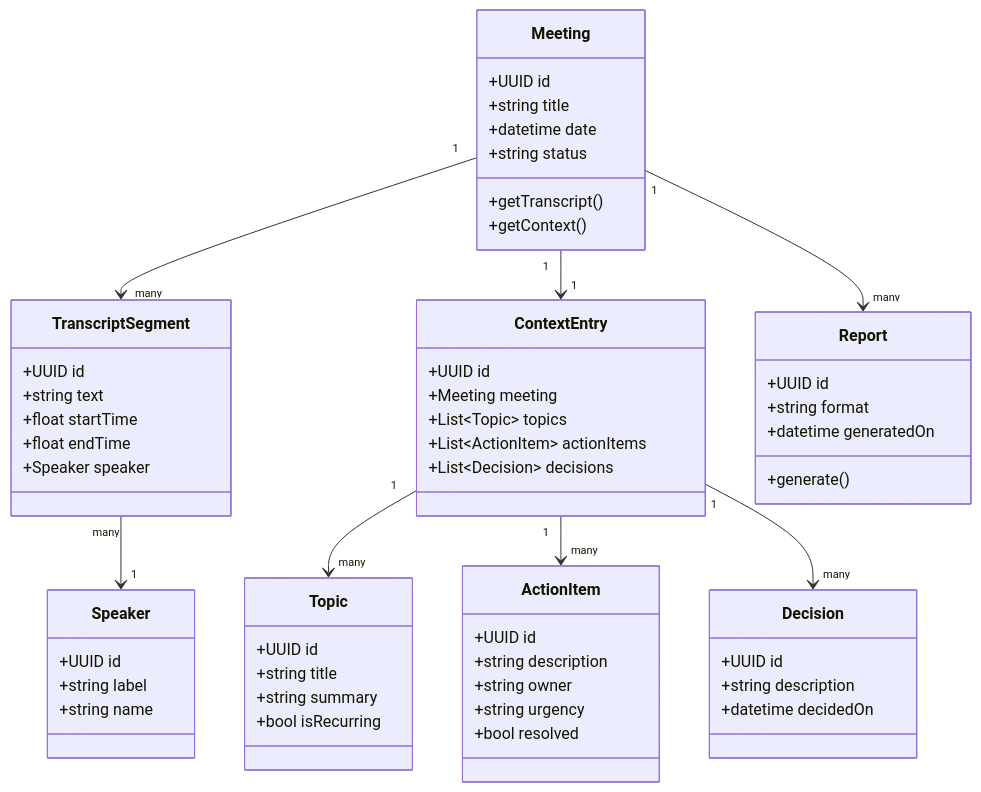
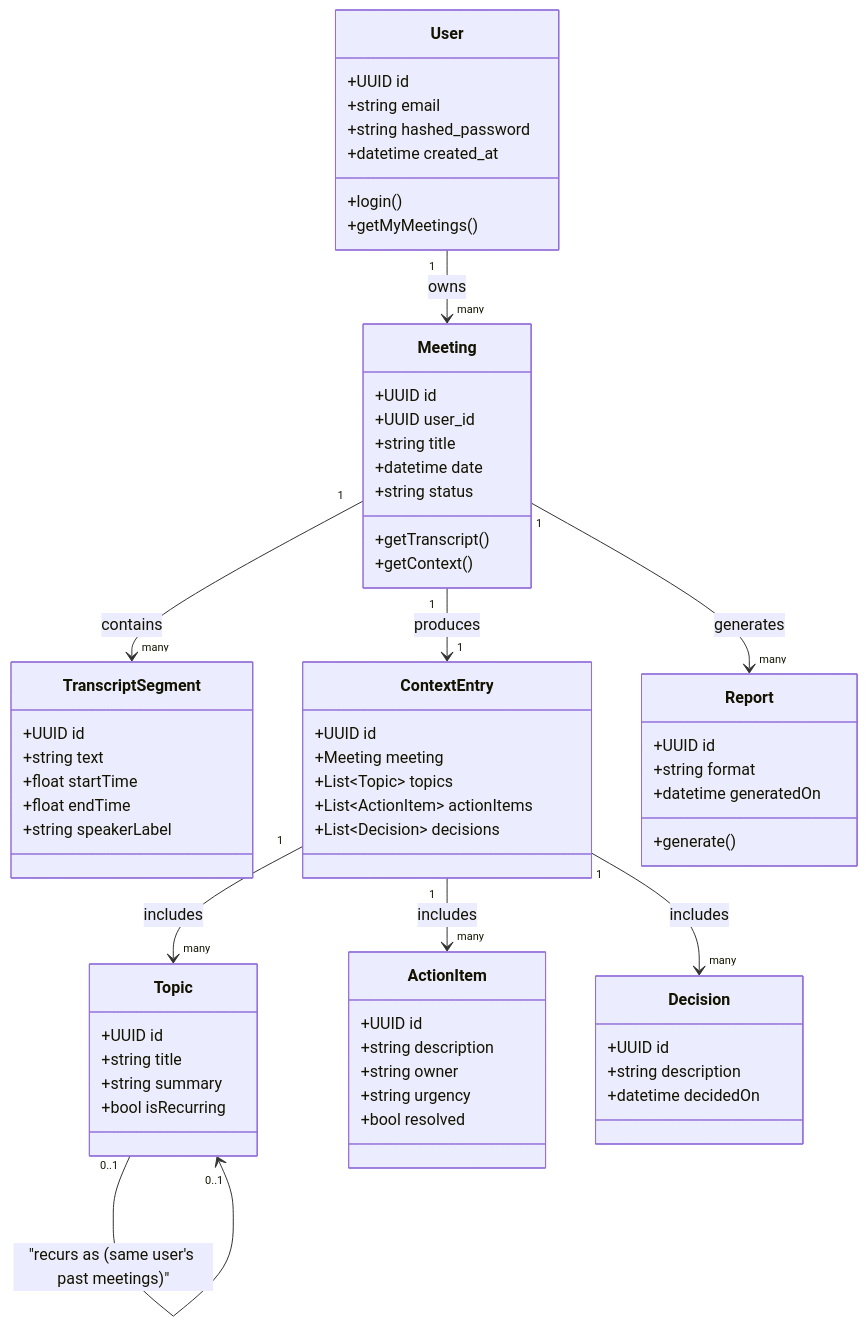
One commit to Karansinh22/CMIS changed the second of 8 diagrams in docs/CMIS_UML_Diagrams.md. Above: the diagram before and after it, drawn with Mermaid. The commit also changed other lines of this file and 9 other files, not shown here.

````diff
--- a/docs/CMIS_UML_Diagrams.md
+++ b/docs/CMIS_UML_Diagrams.md
@@ -44,69 +44,74 @@
 ```mermaid
 classDiagram
+    class User {
+        +UUID id
+        +string email
+        +string hashed_password
+        +datetime created_at
+        +login()
+        +getMyMeetings()
+    }
+
     class Meeting {
         +UUID id
+        +UUID user_id
         +string title
         +datetime date
         +string status
         +getTranscript()
         +getContext()
     }
 
-    class Speaker {
-        +UUID id
-        +string label
-        +string name
-    }
-
     class TranscriptSegment {
         +UUID id
         +string text
         +float startTime
         +float endTime
-        +Speaker speaker
+        +string speakerLabel
     }
 
     class Topic {
         +UUID id
         +string title
         +string summary
         +bool isRecurring
     }
 
     class ActionItem {
         +UUID id
         +string description
         +string owner
         +string urgency
         +bool resolved
     }
 
     class Decision {
         +UUID id
         +string description
         +datetime decidedOn
     }
 
     class ContextEntry {
         +UUID id
         +Meeting meeting
         +List~Topic~ topics
         +List~ActionItem~ actionItems
         +List~Decision~ decisions
     }
 
     class Report {
         +UUID id
         +string format
         +datetime generatedOn
         +generate()
     }
 
-    Meeting "1" --> "many" TranscriptSegment
-    TranscriptSegment "many" --> "1" Speaker
-    Meeting "1" --> "1" ContextEntry
-    ContextEntry "1" --> "many" Topic
-    ContextEntry "1" --> "many" ActionItem
-    ContextEntry "1" --> "many" Decision
-    Meeting "1" --> "many" Report
+    User "1" --> "many" Meeting : owns
+    Meeting "1" --> "many" TranscriptSegment : contains
+    Meeting "1" --> "1" ContextEntry : produces
+    ContextEntry "1" --> "many" Topic : includes
+    ContextEntry "1" --> "many" ActionItem : includes
+    ContextEntry "1" --> "many" Decision : includes
+    Meeting "1" --> "many" Report : generates
+    Topic "0..1" --> "0..1" Topic : "recurs as (same user's past meetings)"
 ```
````
